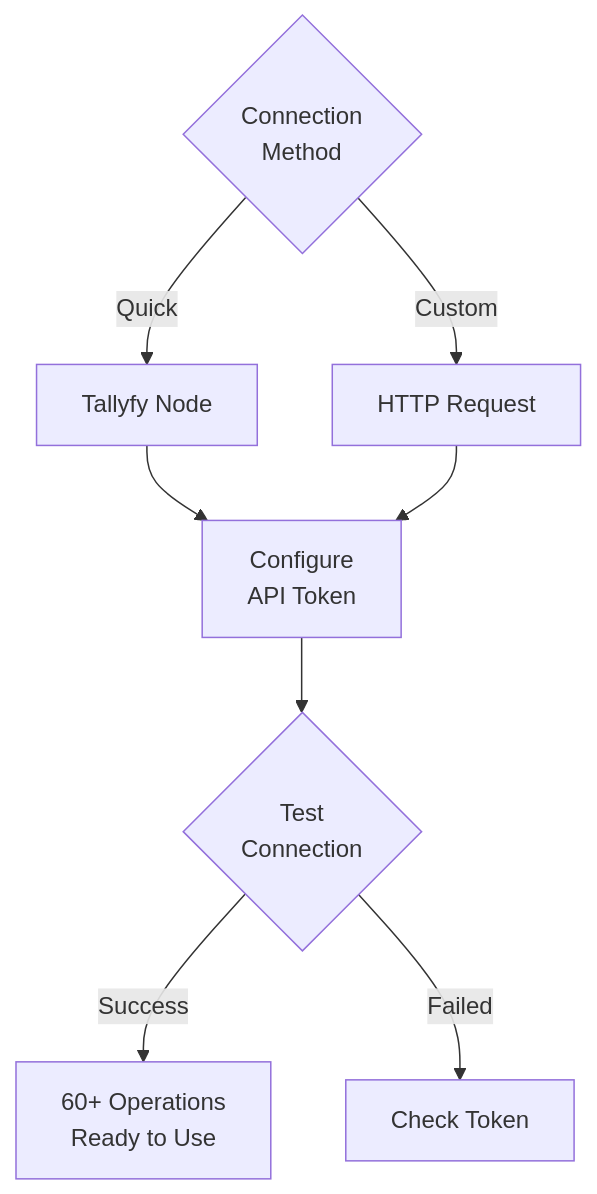
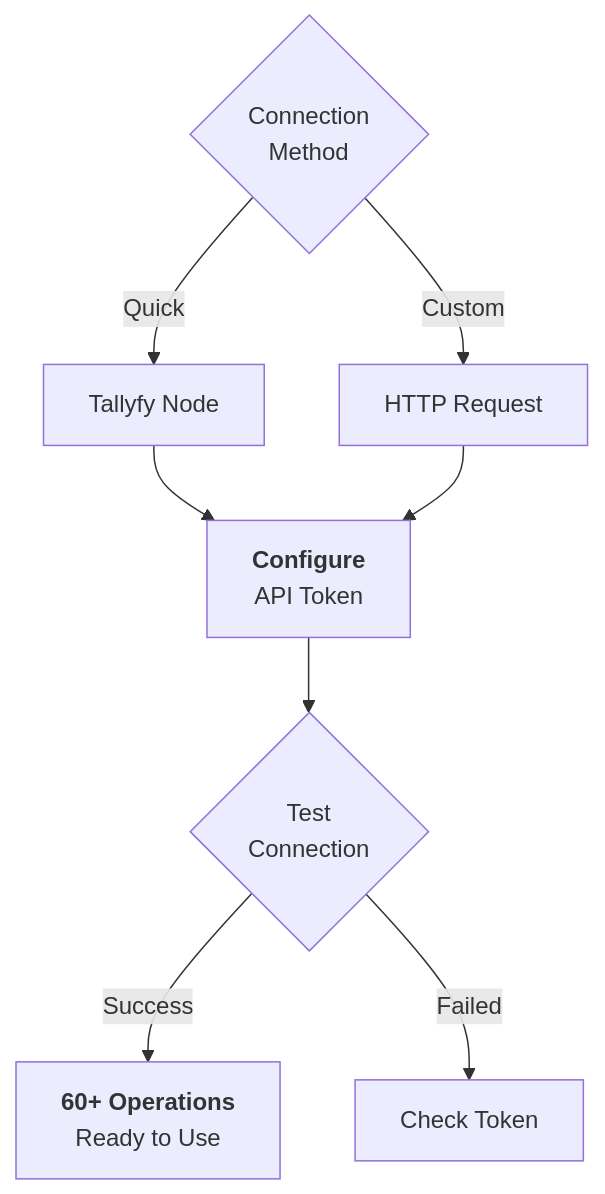
The first of 2 diagrams in src/content/docs/pro/integrations/middleware/n8n/connecting-n8n-to-tallyfy.mdx (tallyfy/documentation), drawn with Mermaid before and after one commit. The commit also changed 22 other files, not shown here.

Commit message:
Adding changes to Mermaid

````diff
--- a/src/content/docs/pro/integrations/middleware/n8n/connecting-n8n-to-tallyfy.mdx
+++ b/src/content/docs/pro/integrations/middleware/n8n/connecting-n8n-to-tallyfy.mdx
@@ -24,18 +24,20 @@
 ```mermaid
 flowchart TD
     Method{Connection<br/>Method}
     
-    Method -->|Quick| Node[Tallyfy Node]
-    Method -->|Custom| HTTP[HTTP Request]
+    Method -->|"`Quick`"| Node[Tallyfy Node]
+    Method -->|"`Custom`"| HTTP[HTTP Request]
     
-    Node --> Auth[Configure<br/>API Token]
+    Node --> Auth["`**Configure**
+API Token`"]
     HTTP --> Auth
     
     Auth --> Test{Test<br/>Connection}
     
-    Test -->|Success| Ready[60+ Operations<br/>Ready to Use]
-    Test -->|Failed| Debug[Check Token]
+    Test -->|"`Success`"| Ready["`**60+ Operations**
+Ready to Use`"]
+    Test -->|"`Failed`"| Debug[Check Token]
     
     click Node "/products/pro/integrations/middleware/n8n/" "n8n integration overview"
     click Ready "/products/pro/integrations/open-api/" "Tallyfy API documentation"
 ```
````
